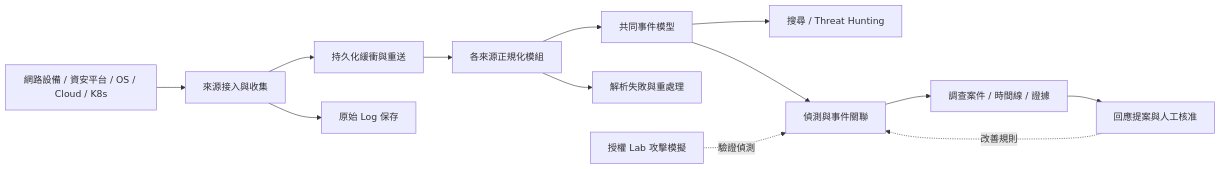
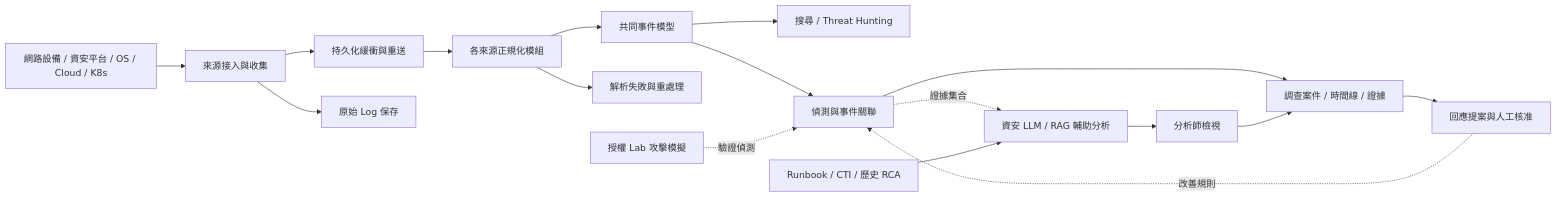
Before and after one commit to chikai0712/Threat-hunting-lab: the diagram in README.md, drawn with Mermaid. The commit also changed other lines of this file and 11 other files, not shown here.

Commit message:
docs: integrate security AI models and RAG into threat hunting architecture

````diff
--- a/README.md
+++ b/README.md
@@ -9,15 +9,19 @@
 ```mermaid
 flowchart LR
     S[網路設備 / 資安平台 / OS / Cloud / K8s] --> C[來源接入與收集]
     C --> B[持久化緩衝與重送]
     B --> N[各來源正規化模組]
     C --> R[原始 Log 保存]
     N --> E[共同事件模型]
     N --> Q[解析失敗與重處理]
     E --> H[搜尋 / Threat Hunting]
     E --> D[偵測與事件關聯]
     D --> I[調查案件 / 時間線 / 證據]
     I --> P[回應提案與人工核准]
+    D -.證據集合.-> AI[資安 LLM / RAG 輔助分析]
+    KB[Runbook / CTI / 歷史 RCA] --> AI
+    AI --> REVIEW[分析師檢視]
+    REVIEW --> I
     P -.改善規則.-> D
     T[授權 Lab 攻擊模擬] -.驗證偵測.-> D
 ```
````
